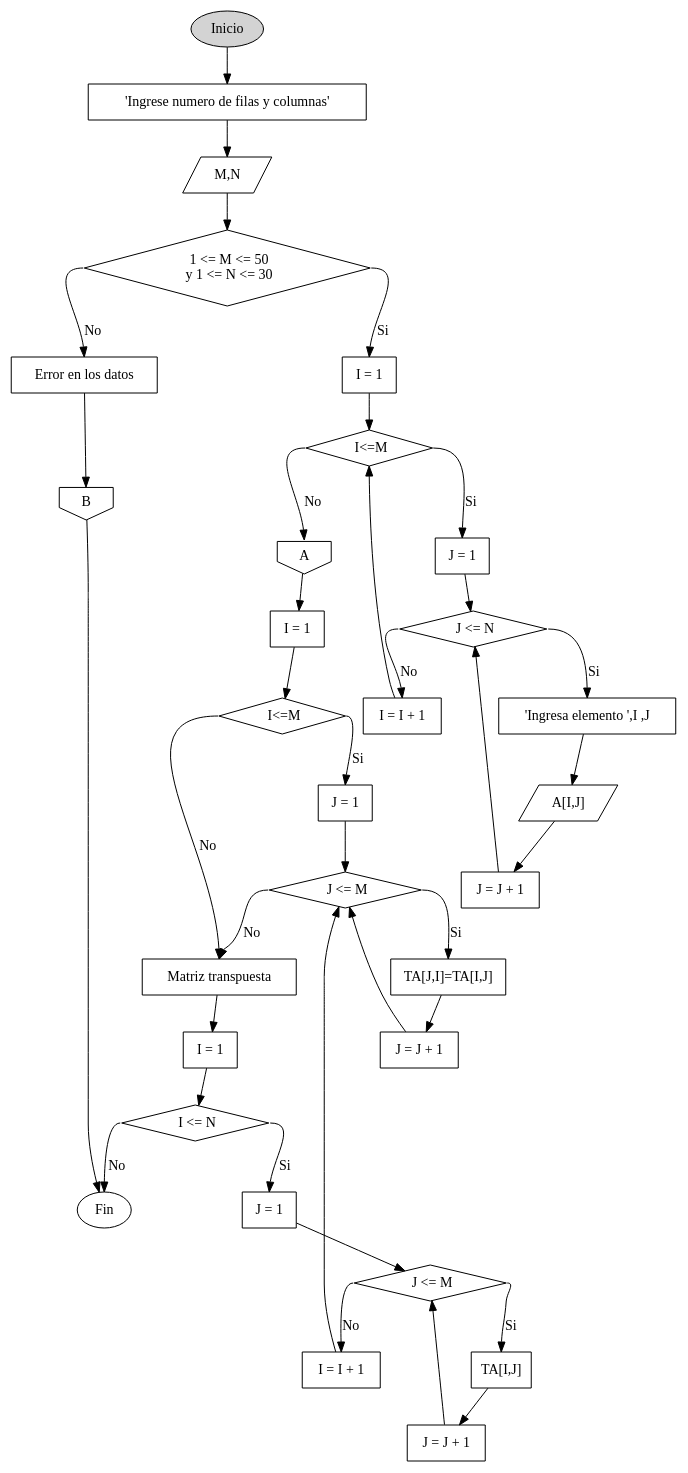
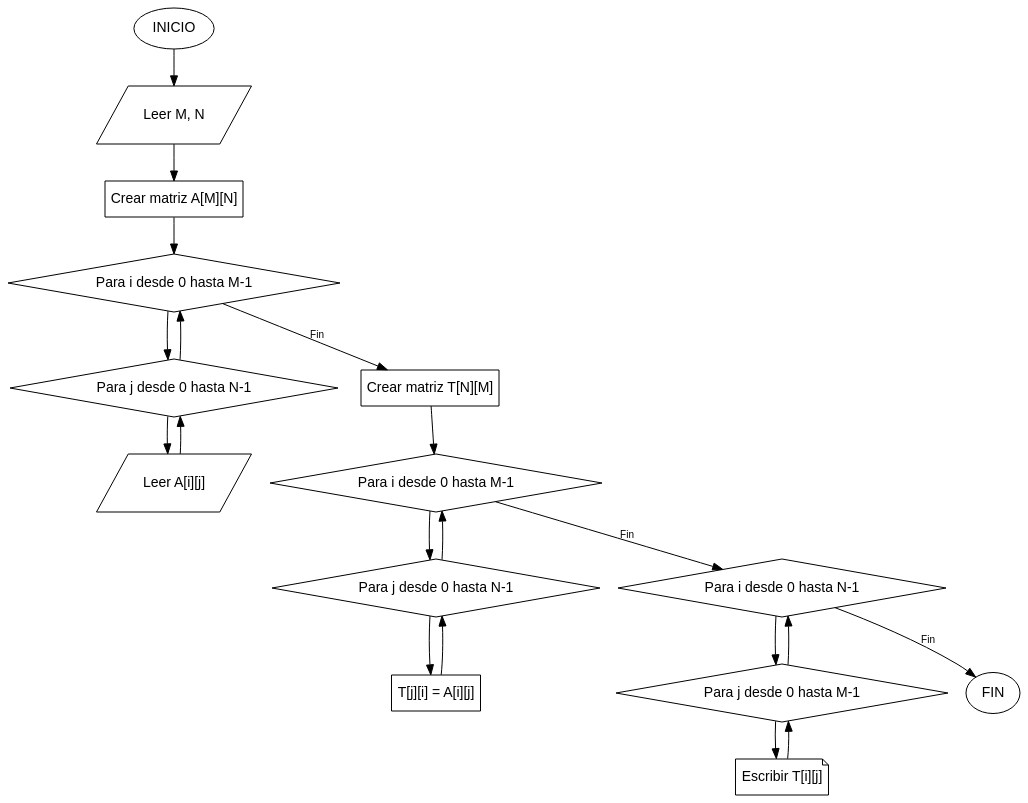
One commit to 23Leilany166/java-tutor-tics changed the diagram in Ejercicios/Problema_4_17/Diagrama/Problema_4_17.dot. Above: the diagram before and after it, drawn with Graphviz. The commit also changed 248 other files, not shown here.

```diff
--- a/Ejercicios/Problema_4_17/Diagrama/Problema_4_17.dot
+++ b/Ejercicios/Problema_4_17/Diagrama/Problema_4_17.dot
@@ -1,73 +1,30 @@
-digraph DiagramaFlujo {
-  Inicio [shape=ellipse, label="Inicio", style="filled"];
-  textoIngresar[shape=box, label="'Ingrese numero de filas y columnas'"];
-  N [shape=parallelogram, label="M,N"];
-  condicion [shape=diamond, label="  1 <= M <= 50 
-  y 1 <= N <= 30"];
-  error [shape=box, label="Error en los datos"];
-  A [shape=invhouse, label="A"];
-  B [shape=invhouse, label="B"];
-  J [shape=box, label="J = 1"];
-  J2 [shape=box, label="J = 1"];
-    J3 [shape=box, label="J = 1"];
-  I [shape=box, label="I = 1"];
-  I2 [shape=box, label="I = 1"];
- array3 [shape=parallelogram, label="A[I,J]"];
-  iAcumulador [shape=box, label="I = I + 1"];
-  condicion2 [shape=diamond, label="  I<=M"];
-  condicion22 [shape=diamond, label="  I<=M"];
-  textoValor [shape=box, label="'Ingresa elemento ',I ,J"];
-  array [shape=box, label="TA[I,J]"];
-  estructuraRep [shape=diamond, label="  I <= N "];
-  
-  jestructuraRep [shape=diamond, label="  J <= N "];
-  jestructuraRep2 [shape=diamond, label="  J <= M "];
-  jestructuraRep3 [shape=diamond, label="  J <= M "];
-  iAcumuladoR3 [shape=box, label="I = I + 1"];
-  JAcumulador [shape=box, label="J = J + 1"];
-  JAcumulador2 [shape=box, label="J = J + 1"];
-  JAcumulador3 [shape=box, label="J = J + 1"];
-  texto2[shape=box, label="Matriz transpuesta"];
-  I3 [shape=box, label="I = 1"];
-array2 [shape=box, label="TA[J,I]=TA[I,J]"];
-  Fin [shape=ellipse, label="Fin"]; 
- Inicio->textoIngresar;
- textoIngresar->N;
- N->condicion;
- condicion -> I [label="Si", tailport=e, headport=n];
- condicion -> error [label="No", tailport=w, headport=n];
- error->B;
- I->condicion2;
- condicion2 -> J [label="Si", tailport=e, headport=n];
- condicion2 -> A [label="No", tailport=w, headport=n];
- J->jestructuraRep;
-jestructuraRep -> textoValor [label="Si", tailport=e, headport=n];
-jestructuraRep -> iAcumulador [label="No", tailport=w, headport=n];
-iAcumulador->condicion2;
-textoValor->array3;
-array3->JAcumulador;
-JAcumulador->jestructuraRep;
-B->Fin;
-A->I2;
-I2->condicion22;
-condicion22 -> J2 [label="Si", tailport=e, headport=n];
-condicion22 -> texto2 [label="No", tailport=w, headport=n];
-J2->jestructuraRep2;
-jestructuraRep2 -> array2 [label="Si", tailport=e, headport=n];
-jestructuraRep2 -> texto2 [label="No", tailport=w, headport=n];
-array2->JAcumulador2;
-JAcumulador2->jestructuraRep2;
-texto2->I3
-I3->estructuraRep;
-estructuraRep -> J3 [label="Si", tailport=e, headport=n];
-estructuraRep -> Fin [label="No", tailport=w, headport=n];
-J3->jestructuraRep3;
-jestructuraRep3 -> array [label="Si", tailport=e, headport=n];
-jestructuraRep3 -> iAcumuladoR3 [label="No", tailport=w, headport=n];
-array->JAcumulador3
-JAcumulador3->jestructuraRep3
-iAcumuladoR3->jestructuraRep2
+digraph Problema_4_17 {
+    // Configuración
+    graph [bgcolor="transparent"];
+    node [shape=rect, fontname="Arial", margin="0.1,0.1"];
+    edge [fontname="Arial", fontsize=10];
 
+    // Nodos
+    INICIO [shape=ellipse, label="INICIO"];
+    LEER_DIM [shape=parallelogram, label="Leer M, N"];
+    CREAR_A [label="Crear matriz A[M][N]"];
+    BUCLE_I_LEER [shape=diamond, label="Para i desde 0 hasta M-1"];
+    BUCLE_J_LEER [shape=diamond, label="Para j desde 0 hasta N-1"];
+    LEER_A [shape=parallelogram, label="Leer A[i][j]"];
+    CREAR_T [label="Crear matriz T[N][M]"];
+    BUCLE_I_CALC [shape=diamond, label="Para i desde 0 hasta M-1"];
+    BUCLE_J_CALC [shape=diamond, label="Para j desde 0 hasta N-1"];
+    CALC_T [label="T[j][i] = A[i][j]"];
+    BUCLE_I_IMP [shape=diamond, label="Para i desde 0 hasta N-1"];
+    BUCLE_J_IMP [shape=diamond, label="Para j desde 0 hasta M-1"];
+    IMPRIMIR_T [shape=note, label="Escribir T[i][j]"];
+    FIN [shape=ellipse, label="FIN"];
 
-
+    // Conexiones
+    INICIO -> LEER_DIM -> CREAR_A -> BUCLE_I_LEER -> BUCLE_J_LEER -> LEER_A -> BUCLE_J_LEER -> BUCLE_I_LEER;
+    BUCLE_I_LEER -> CREAR_T [label="Fin"];
+    CREAR_T -> BUCLE_I_CALC -> BUCLE_J_CALC -> CALC_T -> BUCLE_J_CALC -> BUCLE_I_CALC;
+    BUCLE_I_CALC -> BUCLE_I_IMP [label="Fin"];
+    BUCLE_I_IMP -> BUCLE_J_IMP -> IMPRIMIR_T -> BUCLE_J_IMP -> BUCLE_I_IMP;
+    BUCLE_I_IMP -> FIN [label="Fin"];
 }
```
